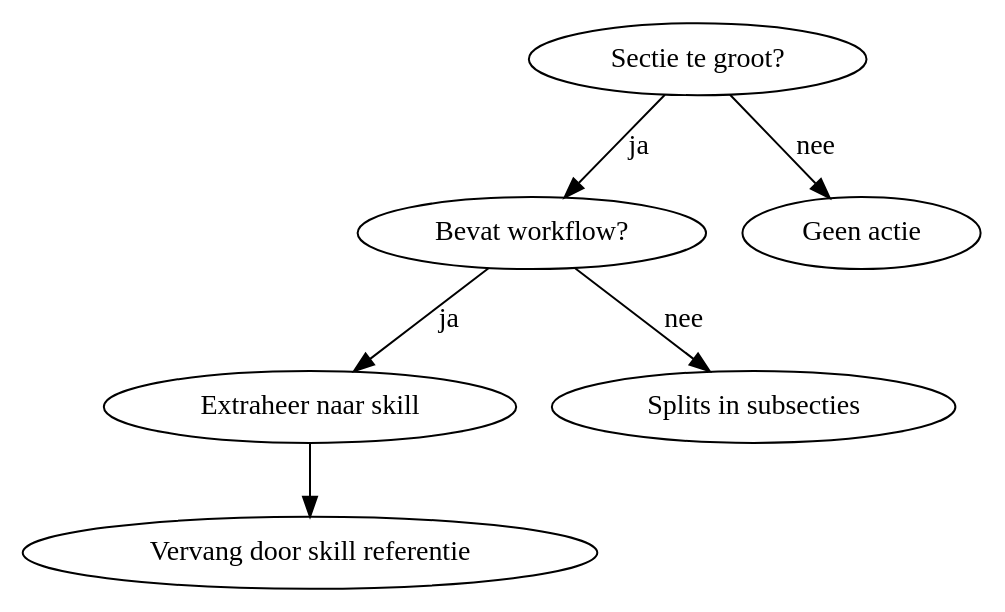
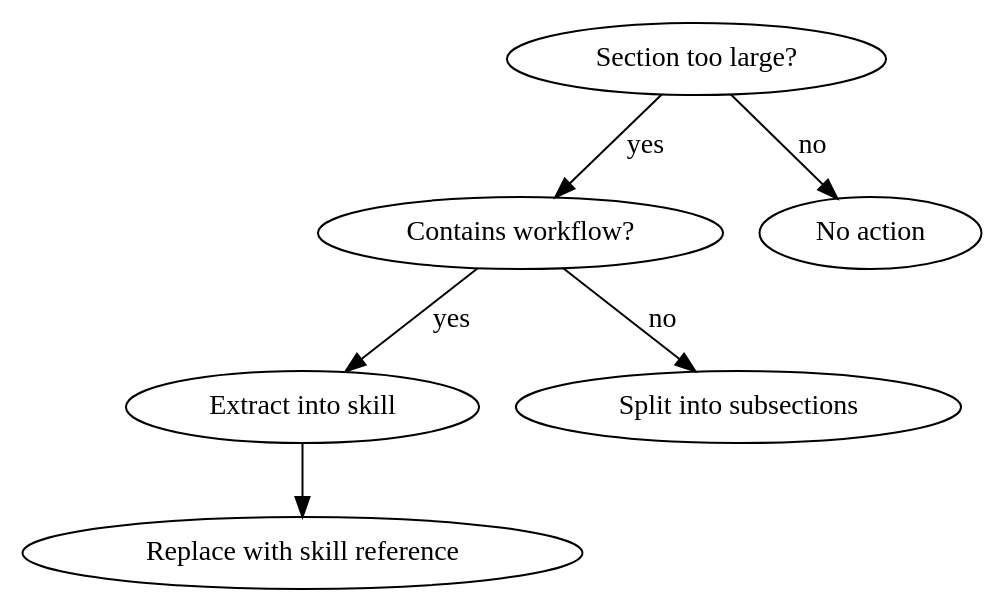
The second of 2 diagrams in packages/self-improvement/skills/self-improvement/SKILL.md (epologee/leclause-skills), drawn with Graphviz before and after one commit. The commit also changed other lines of this file and 1 other file, not shown here.

First line of the commit message:
self-improvement: skill prose now reads English

````diff
--- a/packages/self-improvement/skills/self-improvement/SKILL.md
+++ b/packages/self-improvement/skills/self-improvement/SKILL.md
@@ -454,9 +454,9 @@
 ```dot
 digraph extraction {
-  "Sectie te groot?" -> "Bevat workflow?" [label="ja"]
-  "Bevat workflow?" -> "Extraheer naar skill" [label="ja"]
-  "Bevat workflow?" -> "Splits in subsecties" [label="nee"]
-  "Extraheer naar skill" -> "Vervang door skill referentie"
-  "Sectie te groot?" -> "Geen actie" [label="nee"]
+  "Section too large?" -> "Contains workflow?" [label="yes"]
+  "Contains workflow?" -> "Extract into skill" [label="yes"]
+  "Contains workflow?" -> "Split into subsections" [label="no"]
+  "Extract into skill" -> "Replace with skill reference"
+  "Section too large?" -> "No action" [label="no"]
 }
 ```
````
